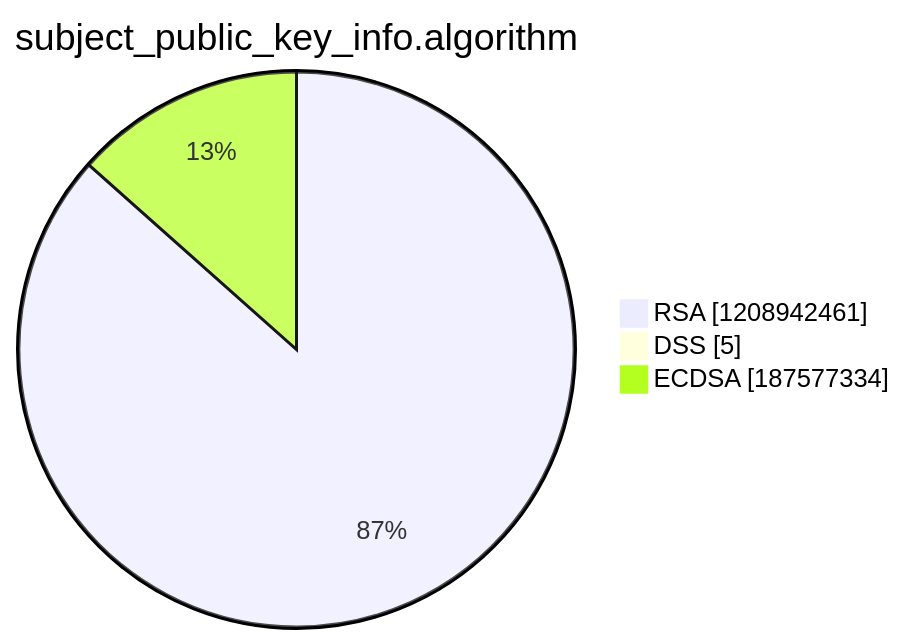
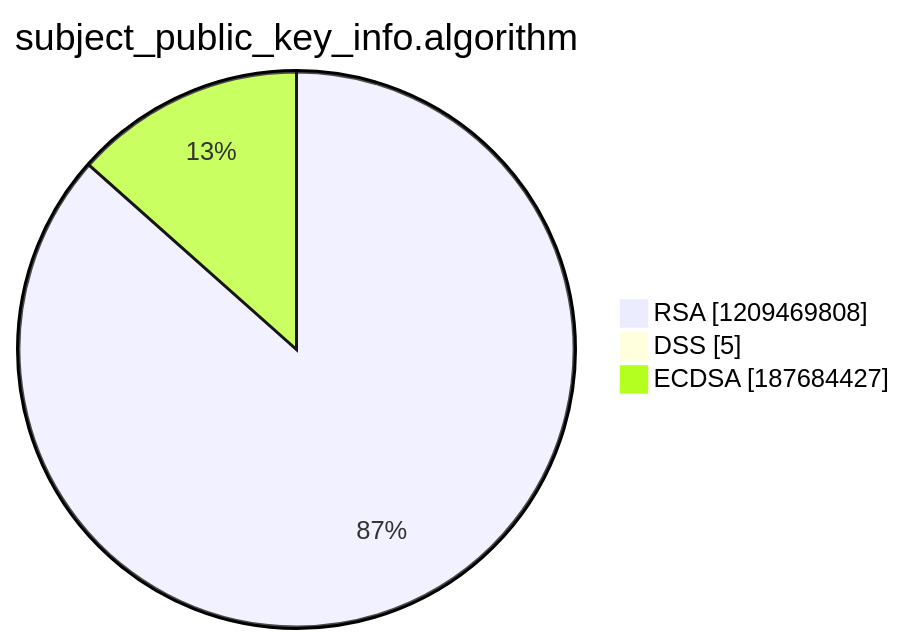
One commit to christiankrug/ctmonitor_visualization changed the third of 15 diagrams in argon2022/README.md. Above: the diagram before and after it, drawn with Mermaid. The commit also changed other lines of this file, not shown here.

````diff
--- a/argon2022/README.md
+++ b/argon2022/README.md
@@ -14,7 +14,7 @@
 ```mermaid
 pie showData
 title subject_public_key_info.algorithm
-"RSA" :1208942461
+"RSA" :1209469808
 "DSS" :5
-"ECDSA" :187577334
+"ECDSA" :187684427
 ```
````
